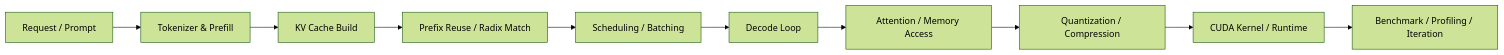
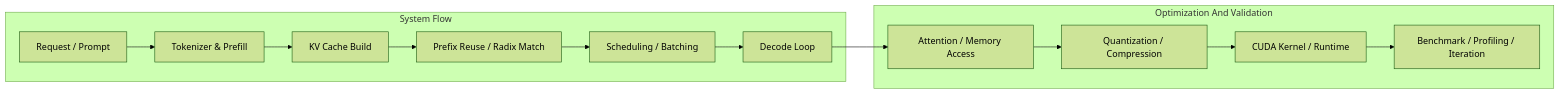
Before and after one commit to ProIg-Chaa/ProIg-Chaa: the first of 2 diagrams in README.md, drawn with Mermaid (forest theme). The commit also changed other lines of this file, not shown here.

````diff
--- a/README.md
+++ b/README.md
@@ -52,12 +52,16 @@
 ```mermaid
 flowchart LR
-    A[Request / Prompt] --> B[Tokenizer & Prefill]
-    B --> C[KV Cache Build]
-    C --> D[Prefix Reuse / Radix Match]
-    D --> E[Scheduling / Batching]
-    E --> F[Decode Loop]
-    F --> G[Attention / Memory Access]
-    G --> H[Quantization / Compression]
-    H --> I[CUDA Kernel / Runtime]
-    I --> J[Benchmark / Profiling / Iteration]
+    subgraph Top[System Flow]
+        A[Request / Prompt] --> B[Tokenizer & Prefill]
+        B --> C[KV Cache Build]
+        C --> D[Prefix Reuse / Radix Match]
+        D --> E[Scheduling / Batching]
+        E --> F[Decode Loop]
+    end
+    subgraph Bottom[Optimization And Validation]
+        G[Attention / Memory Access] --> H[Quantization / Compression]
+        H --> I[CUDA Kernel / Runtime]
+        I --> J[Benchmark / Profiling / Iteration]
+    end
+    F --> G
 ```
````
